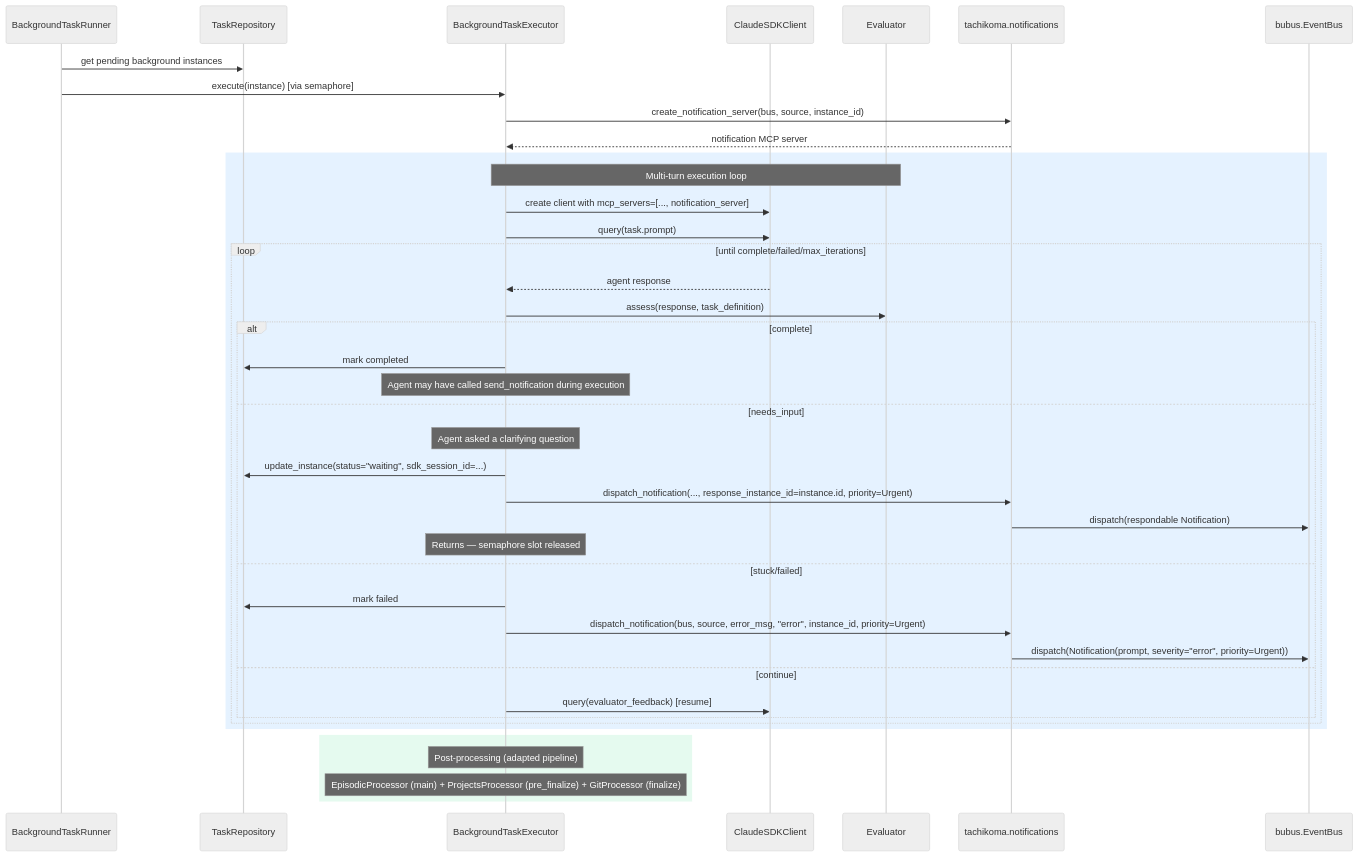
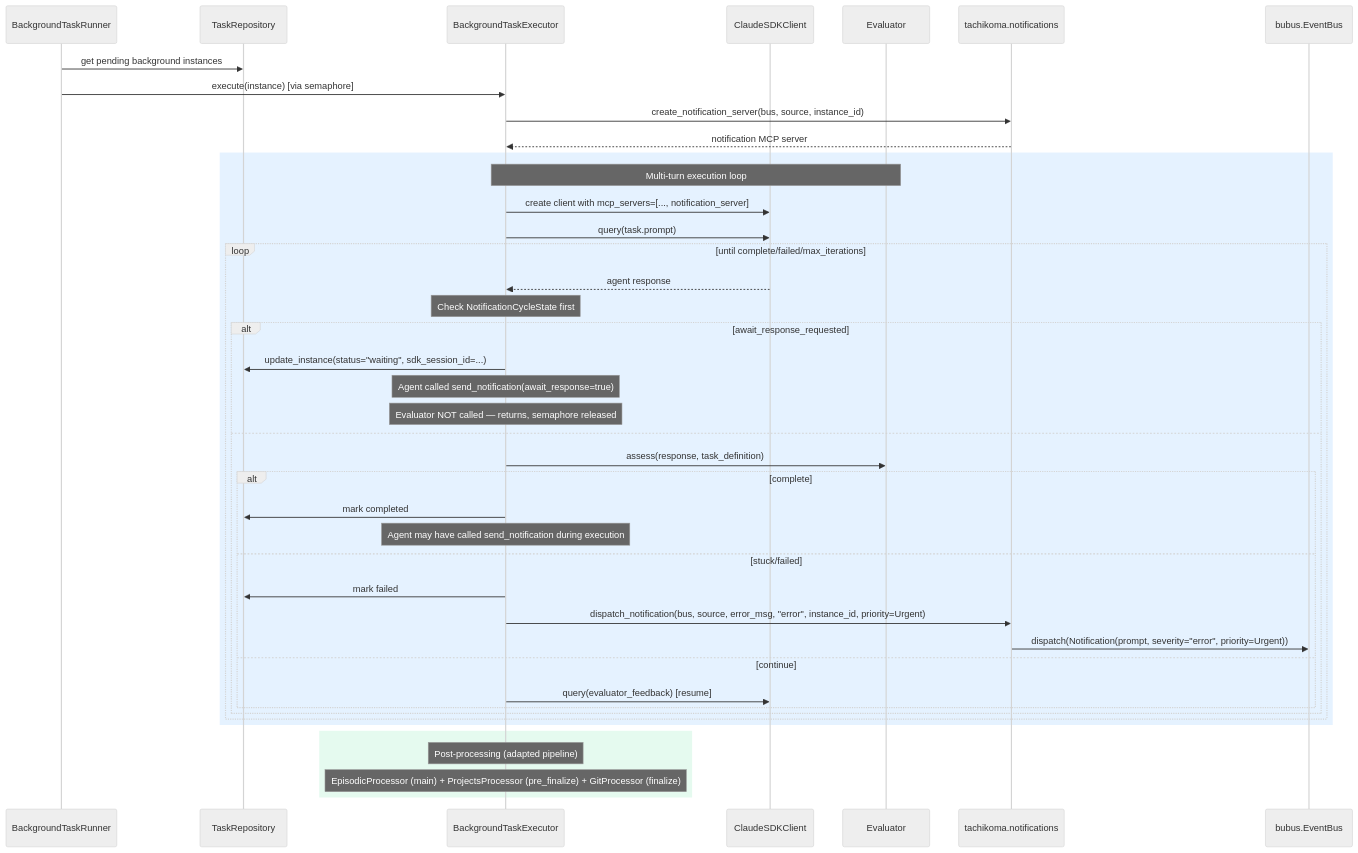
The first of 3 diagrams in docs/feature-designs/tasks/background-task-execution.md (asermax/tachikoma), drawn with Mermaid (neutral theme) before and after one commit. The commit also changed other lines of this file and 2 other files, not shown here.

First line of the commit message:
docs(tasks): update specs and designs for await_response notification mechanism

````diff
--- a/docs/feature-designs/tasks/background-task-execution.md
+++ b/docs/feature-designs/tasks/background-task-execution.md
@@ -64,46 +64,47 @@
 ```mermaid
 sequenceDiagram
     participant Runner as BackgroundTaskRunner
     participant Repo as TaskRepository
     participant Exec as BackgroundTaskExecutor
     participant SDK as ClaudeSDKClient
     participant Eval as Evaluator
     participant Notif as tachikoma.notifications
     participant Bus as bubus.EventBus
 
     Runner->>Repo: get pending background instances
     Runner->>Exec: execute(instance) [via semaphore]
     Exec->>Notif: create_notification_server(bus, source, instance_id)
     Notif-->>Exec: notification MCP server
 
     rect rgba(0, 128, 255, 0.1)
         Note over Exec,Eval: Multi-turn execution loop
         Exec->>SDK: create client with mcp_servers=[..., notification_server]
         Exec->>SDK: query(task.prompt)
         loop until complete/failed/max_iterations
             SDK-->>Exec: agent response
-            Exec->>Eval: assess(response, task_definition)
-            alt complete
-                Exec->>Repo: mark completed
-                Note over Exec: Agent may have called send_notification during execution
-            else needs_input
-                Note over Exec: Agent asked a clarifying question
+            Note over Exec: Check NotificationCycleState first
+            alt await_response_requested
                 Exec->>Repo: update_instance(status="waiting", sdk_session_id=...)
-                Exec->>Notif: dispatch_notification(..., response_instance_id=instance.id, priority=Urgent)
-                Notif->>Bus: dispatch(respondable Notification)
-                Note over Exec: Returns — semaphore slot released
-            else stuck/failed
-                Exec->>Repo: mark failed
-                Exec->>Notif: dispatch_notification(bus, source, error_msg, "error", instance_id, priority=Urgent)
-                Notif->>Bus: dispatch(Notification(prompt, severity="error", priority=Urgent))
-            else continue
-                Exec->>SDK: query(evaluator_feedback) [resume]
+                Note over Exec: Agent called send_notification(await_response=true)
+                Note over Exec: Evaluator NOT called — returns, semaphore released
+            else
+                Exec->>Eval: assess(response, task_definition)
+                alt complete
+                    Exec->>Repo: mark completed
+                    Note over Exec: Agent may have called send_notification during execution
+                else stuck/failed
+                    Exec->>Repo: mark failed
+                    Exec->>Notif: dispatch_notification(bus, source, error_msg, "error", instance_id, priority=Urgent)
+                    Notif->>Bus: dispatch(Notification(prompt, severity="error", priority=Urgent))
+                else continue
+                    Exec->>SDK: query(evaluator_feedback) [resume]
+                end
             end
         end
     end
 
     rect rgba(0, 200, 100, 0.1)
         Note over Exec: Post-processing (adapted pipeline)
         Note over Exec: EpisodicProcessor (main) + ProjectsProcessor (pre_finalize) + GitProcessor (finalize)
     end
 ```
````
